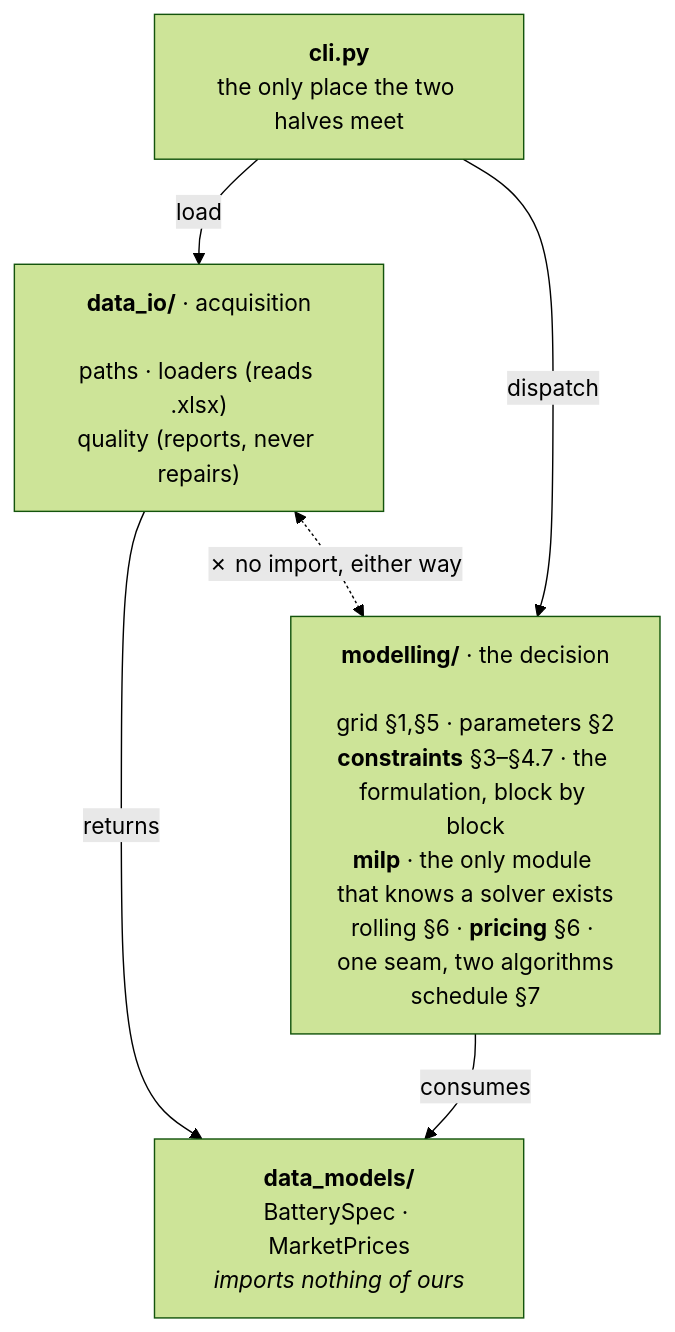
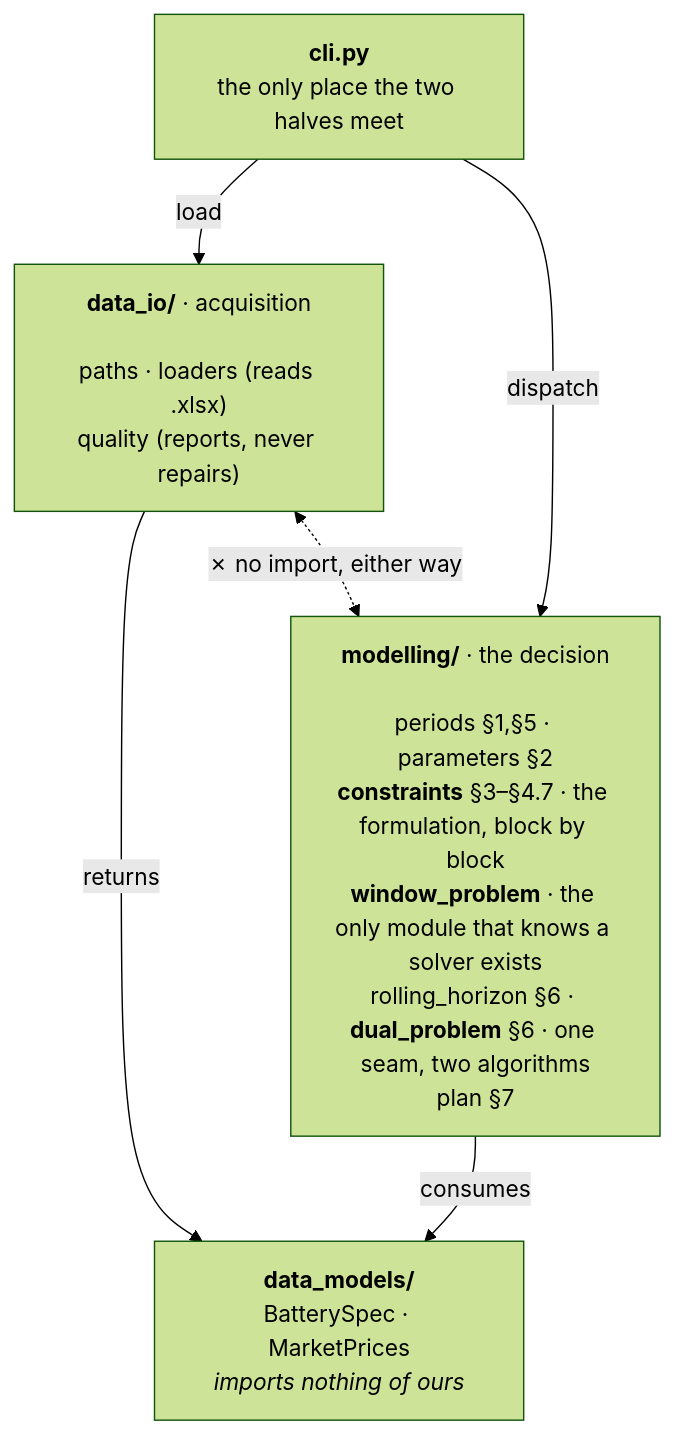
The diagram in docs/architecture.md (GuilhermePFM/BatteryCase), drawn with Mermaid (forest theme) before and after one commit. The commit also changed other lines of this file and 45 other files, not shown here.

````diff
--- a/docs/architecture.md
+++ b/docs/architecture.md
@@ -29,13 +30,13 @@
 ```mermaid
 flowchart TD
     CLI["<b>cli.py</b><br/>the only place the two halves meet"]
     IO["<b>data_io/</b> · acquisition<br/><br/>paths · loaders (reads .xlsx)<br/>quality (reports, never repairs)"]
-    MOD["<b>modelling/</b> · the decision<br/><br/>grid §1,§5 · parameters §2<br/><b>constraints</b> §3–§4.7 · the formulation, block by block<br/><b>milp</b> · the only module that knows a solver exists<br/>rolling §6 · <b>pricing</b> §6 · one seam, two algorithms<br/>schedule §7"]
+    MOD["<b>modelling/</b> · the decision<br/><br/>periods §1,§5 · parameters §2<br/><b>constraints</b> §3–§4.7 · the formulation, block by block<br/><b>window_problem</b> · the only module that knows a solver exists<br/>rolling_horizon §6 · <b>dual_problem</b> §6 · one seam, two algorithms<br/>plan §7"]
     DM["<b>data_models/</b><br/>BatterySpec · MarketPrices<br/><i>imports nothing of ours</i>"]
 
     CLI -- load --> IO
     CLI -- dispatch --> MOD
     IO -- returns --> DM
     MOD -- consumes --> DM
     IO <-. "✗ no import, either way" .-> MOD
 ```
````
